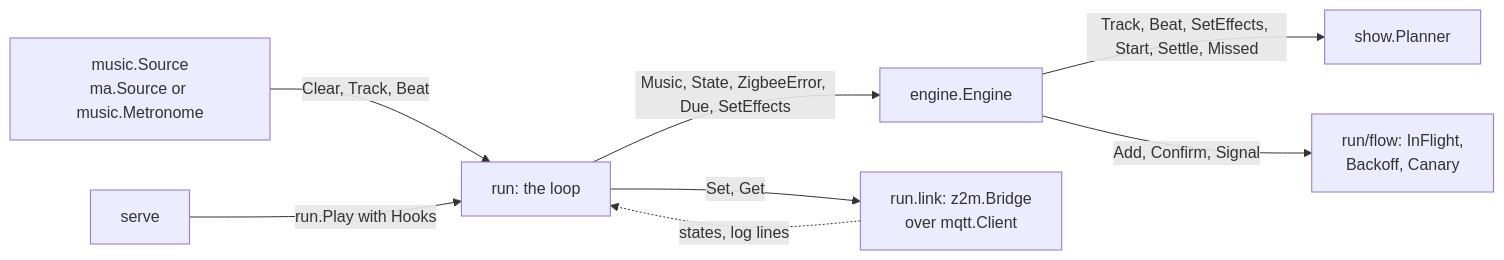
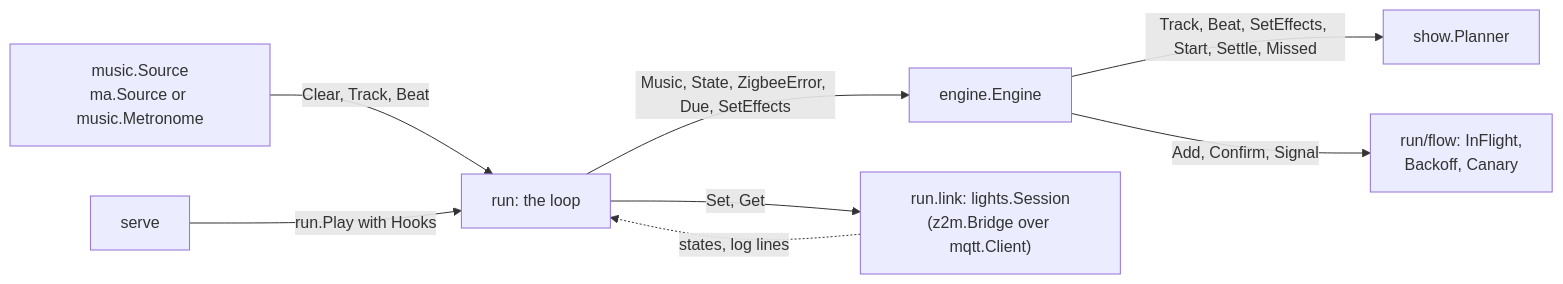
The diagram in DESIGN.md (siemenvdn/zigbeat), drawn with Mermaid before and after one commit. The commit also changed other lines of this file and 15 other files, not shown here.

Commit message:
ctrl-c during the probe's canary check cancels as before, the session has a test on a fake broker shared with mqtt, and the review's guards and comments

````diff
--- a/DESIGN.md
+++ b/DESIGN.md
@@ -364,10 +364,10 @@
 ```mermaid
 flowchart LR
   src["music.Source<br/>ma.Source or music.Metronome"] -->|"Clear, Track, Beat"| loop["run: the loop"]
   serve["serve"] -->|"run.Play with Hooks"| loop
   loop -->|"Music, State, ZigbeeError, Due, SetEffects"| eng["engine.Engine"]
   eng -->|"Track, Beat, SetEffects, Start, Settle, Missed"| plan["show.Planner"]
   eng -->|"Add, Confirm, Signal"| flow["run/flow: InFlight,<br/>Backoff, Canary"]
-  loop -->|"Set, Get"| link["run.link: z2m.Bridge<br/>over mqtt.Client"]
+  loop -->|"Set, Get"| link["run.link: lights.Session<br/>(z2m.Bridge over mqtt.Client)"]
   link -.->|"states, log lines"| loop
 ```
````
